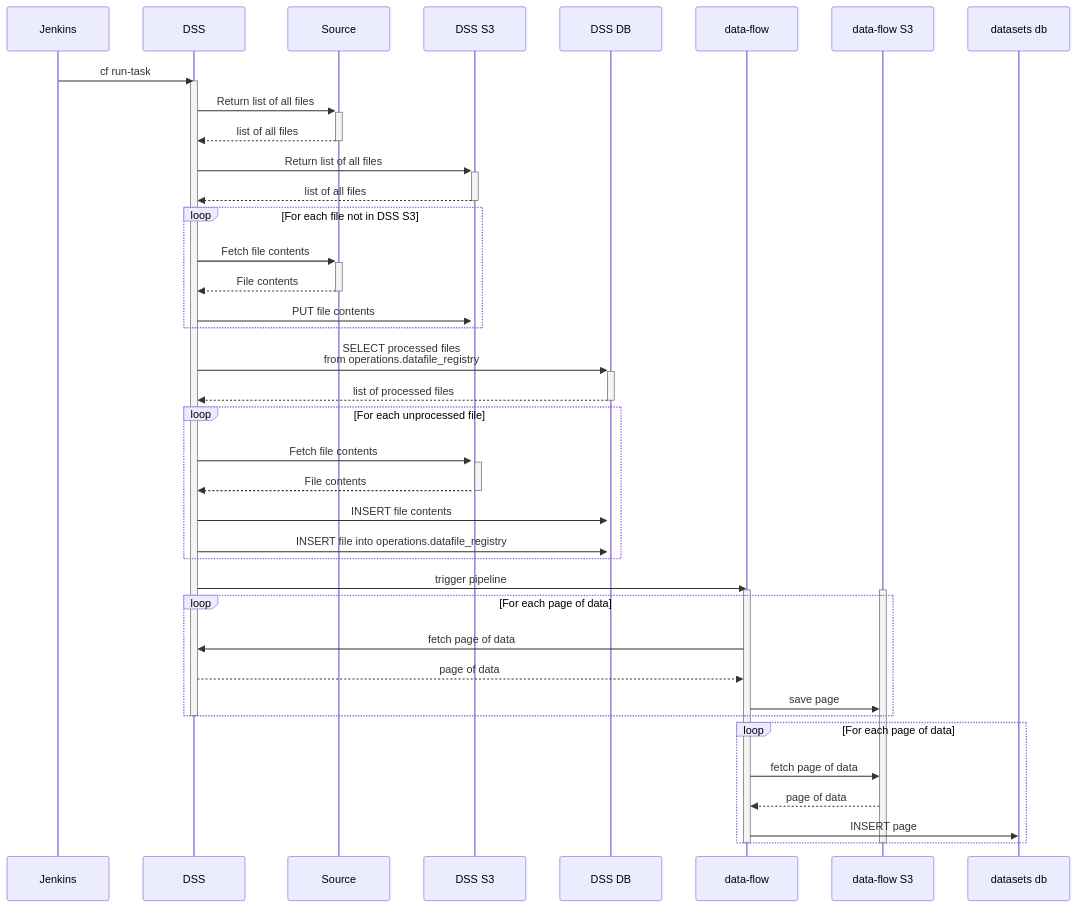
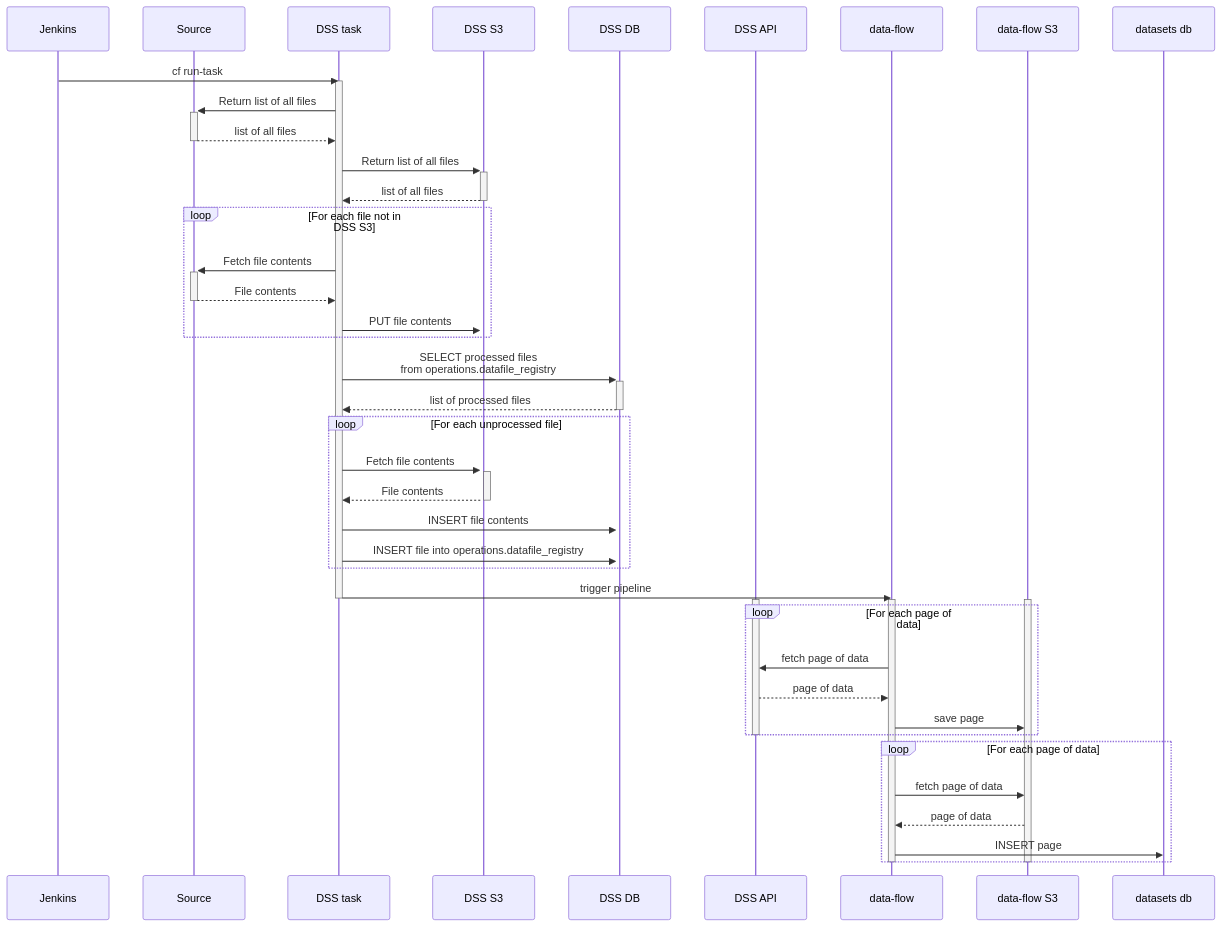
One commit to uktrade/data-store-service changed the diagram in README.md. Above: the diagram before and after it, drawn with Mermaid.

Commit message:
docs: separate out DSS API and group all DSS components

````diff
--- a/README.md
+++ b/README.md
@@ -10,44 +10,53 @@
 ```mermaid
 sequenceDiagram
-    Jenkins ->> DSS: cf run-task
-    activate DSS
-    DSS ->>+ Source: Return list of all files
-    Source -->>- DSS: list of all files
-    DSS ->>+ DSS S3: Return list of all files
-    DSS S3 -->>- DSS: list of all files
+    participant Jenkins
+    participant Source
+    participant DSS task
+    participant DSS S3
+    participant DSS DB
+    participant DSS API
+
+    Jenkins ->> DSS task: cf run-task
+    activate DSS task
+    DSS task ->>+ Source: Return list of all files
+    Source -->>- DSS task: list of all files
+    DSS task ->>+ DSS S3: Return list of all files
+    DSS S3 -->>- DSS task: list of all files
     loop For each file not in DSS S3
-      DSS ->>+ Source: Fetch file contents
-      Source -->>- DSS: File contents
-      DSS ->>+ DSS S3: PUT file contents
+      DSS task ->>+ Source: Fetch file contents
+      Source -->>- DSS task: File contents
+      DSS task ->>+ DSS S3: PUT file contents
     end
 
-    DSS ->>+ DSS DB: SELECT processed files <br>from operations.datafile_registry
-    DSS DB -->>- DSS: list of processed files
+    DSS task ->>+ DSS DB: SELECT processed files <br>from operations.datafile_registry
+    DSS DB -->>- DSS task: list of processed files
 
     loop For each unprocessed file
-      DSS ->>+ DSS S3: Fetch file contents
-      DSS S3 -->>- DSS: File contents
-      DSS ->>+ DSS DB: INSERT file contents
-      DSS ->>+ DSS DB: INSERT file into operations.datafile_registry
+      DSS task ->>+ DSS S3: Fetch file contents
+      DSS S3 -->>- DSS task: File contents
+      DSS task ->>+ DSS DB: INSERT file contents
+      DSS task ->>+ DSS DB: INSERT file into operations.datafile_registry
     end
 
-    DSS ->> data-flow: trigger pipeline
+    DSS task ->> data-flow: trigger pipeline
+    deactivate DSS task
+    activate DSS API
     activate data-flow
     activate data-flow S3
 
     loop For each page of data
-       data-flow ->> DSS: fetch page of data
-       DSS -->> data-flow: page of data
+       data-flow ->> DSS API: fetch page of data
+       DSS API -->> data-flow: page of data
        data-flow ->> data-flow S3: save page
     end
-    deactivate DSS
+    deactivate DSS API
 
     loop For each page of data
        data-flow ->> data-flow S3: fetch page of data
        data-flow S3 -->> data-flow: page of data
        data-flow ->> datasets db: INSERT page
     end
 
     deactivate data-flow
     deactivate data-flow S3
 ```
````
